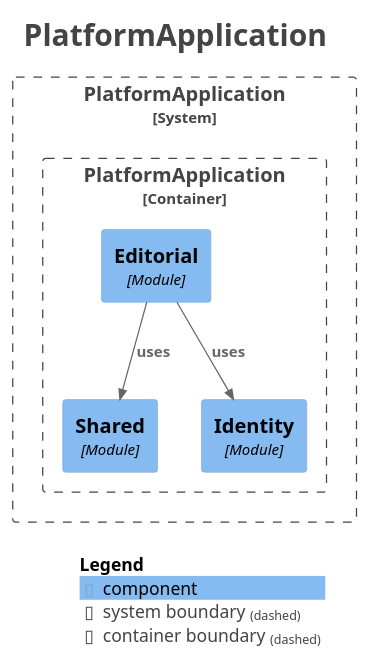
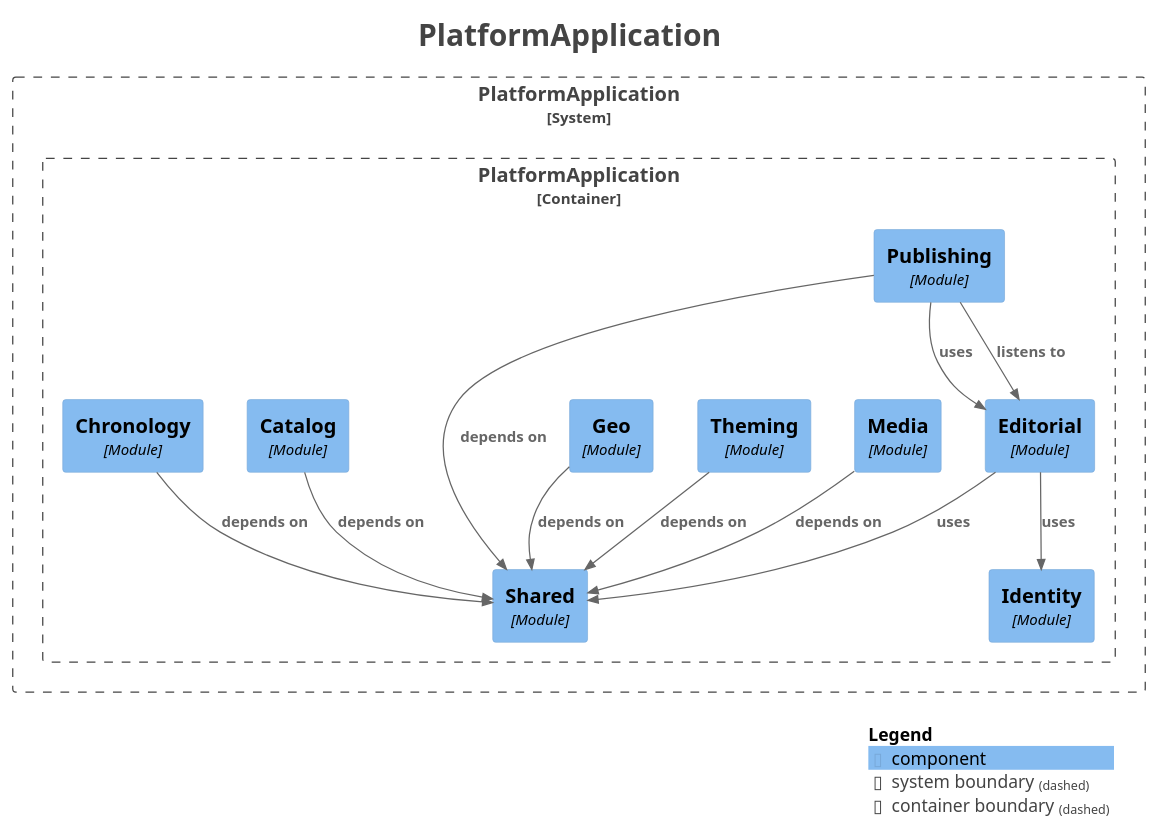
One commit to Asiman77/HistoryAsAGame changed the diagram in docs/modules/components.puml. Above: the diagram before and after it, drawn with PlantUML. The commit also changed 20 other files, not shown here.

```diff
--- a/docs/modules/components.puml
+++ b/docs/modules/components.puml
@@ -1,32 +1,46 @@
 @startuml
 title <size:24>PlatformApplication</size>
 
 set separator none
 top to bottom direction
 
 <style>
   root {
     BackgroundColor: #ffffff
     FontColor: #444444
   }
 </style>
 
 !include <C4/C4>
 !include <C4/C4_Context>
 !include <C4/C4_Component>
 
 System_Boundary("PlatformApplication_boundary", "PlatformApplication", $tags="") {
   Container_Boundary("PlatformApplication.PlatformApplication_boundary", "PlatformApplication", $tags="") {
+    Component(PlatformApplication.PlatformApplication.Media, "Media", $techn="Module", $descr="", $tags="", $link="")
+    Component(PlatformApplication.PlatformApplication.Theming, "Theming", $techn="Module", $descr="", $tags="", $link="")
+    Component(PlatformApplication.PlatformApplication.Publishing, "Publishing", $techn="Module", $descr="", $tags="", $link="")
+    Component(PlatformApplication.PlatformApplication.Identity, "Identity", $techn="Module", $descr="", $tags="", $link="")
     Component(PlatformApplication.PlatformApplication.Shared, "Shared", $techn="Module", $descr="", $tags="", $link="")
+    Component(PlatformApplication.PlatformApplication.Catalog, "Catalog", $techn="Module", $descr="", $tags="", $link="")
+    Component(PlatformApplication.PlatformApplication.Chronology, "Chronology", $techn="Module", $descr="", $tags="", $link="")
     Component(PlatformApplication.PlatformApplication.Editorial, "Editorial", $techn="Module", $descr="", $tags="", $link="")
-    Component(PlatformApplication.PlatformApplication.Identity, "Identity", $techn="Module", $descr="", $tags="", $link="")
+    Component(PlatformApplication.PlatformApplication.Geo, "Geo", $techn="Module", $descr="", $tags="", $link="")
   }
 
 }
 
+Rel(PlatformApplication.PlatformApplication.Media, PlatformApplication.PlatformApplication.Shared, "depends on", $techn="", $tags="", $link="")
 Rel(PlatformApplication.PlatformApplication.Editorial, PlatformApplication.PlatformApplication.Shared, "uses", $techn="", $tags="", $link="")
 Rel(PlatformApplication.PlatformApplication.Editorial, PlatformApplication.PlatformApplication.Identity, "uses", $techn="", $tags="", $link="")
+Rel(PlatformApplication.PlatformApplication.Chronology, PlatformApplication.PlatformApplication.Shared, "depends on", $techn="", $tags="", $link="")
+Rel(PlatformApplication.PlatformApplication.Geo, PlatformApplication.PlatformApplication.Shared, "depends on", $techn="", $tags="", $link="")
+Rel(PlatformApplication.PlatformApplication.Theming, PlatformApplication.PlatformApplication.Shared, "depends on", $techn="", $tags="", $link="")
+Rel(PlatformApplication.PlatformApplication.Catalog, PlatformApplication.PlatformApplication.Shared, "depends on", $techn="", $tags="", $link="")
+Rel(PlatformApplication.PlatformApplication.Publishing, PlatformApplication.PlatformApplication.Editorial, "listens to", $techn="", $tags="", $link="")
+Rel(PlatformApplication.PlatformApplication.Publishing, PlatformApplication.PlatformApplication.Shared, "depends on", $techn="", $tags="", $link="")
+Rel(PlatformApplication.PlatformApplication.Publishing, PlatformApplication.PlatformApplication.Editorial, "uses", $techn="", $tags="", $link="")
 
 SHOW_LEGEND(true)
 hide stereotypes
 @enduml
```
